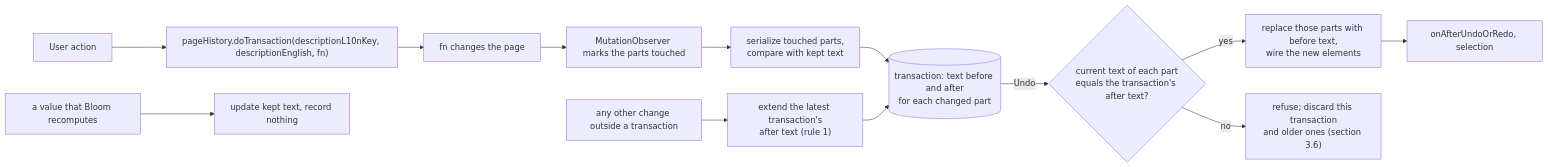
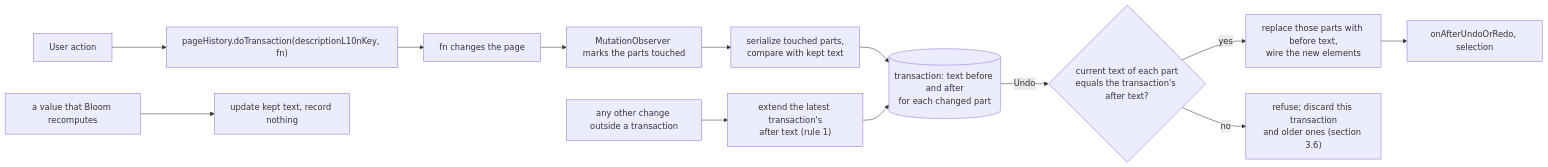
The third of 10 diagrams in docs/undo/APPROACHES.md (BloomBooks/BloomDesktop), drawn with Mermaid before and after one commit. The commit also changed other lines of this file and 11 other files, not shown here.

First line of the commit message:
Page history core: recorded DOM mutations with transactions, undo and redo

````diff
--- a/docs/undo/APPROACHES.md
+++ b/docs/undo/APPROACHES.md
@@ -1076,15 +1076,15 @@
 ```mermaid
 flowchart LR
-  A["User action"] --> B["pageHistory.doTransaction(descriptionL10nKey, descriptionEnglish, fn)"]
+  A["User action"] --> B["pageHistory.doTransaction(descriptionL10nKey, fn)"]
   B --> D["fn changes the page"]
   D --> O["MutationObserver marks the parts touched"]
   O --> E["serialize touched parts,<br/>compare with kept text"]
   E --> F[("transaction: text before and after<br/>for each changed part")]
   U["a value that Bloom recomputes"] --> O2["update kept text, record nothing"]
   V["any other change outside a transaction"] --> O3["extend the latest transaction's<br/>after text (rule 1)"]
   O3 --> F
   F -- "Undo" --> G{"current text of each part<br/>equals the transaction's after text?"}
   G -- "yes" --> H["replace those parts with before text,<br/>wire the new elements"]
   G -- "no" --> K["refuse; discard this transaction<br/>and older ones (section 3.6)"]
   H --> I["onAfterUndoOrRedo, selection"]
 ```
````
